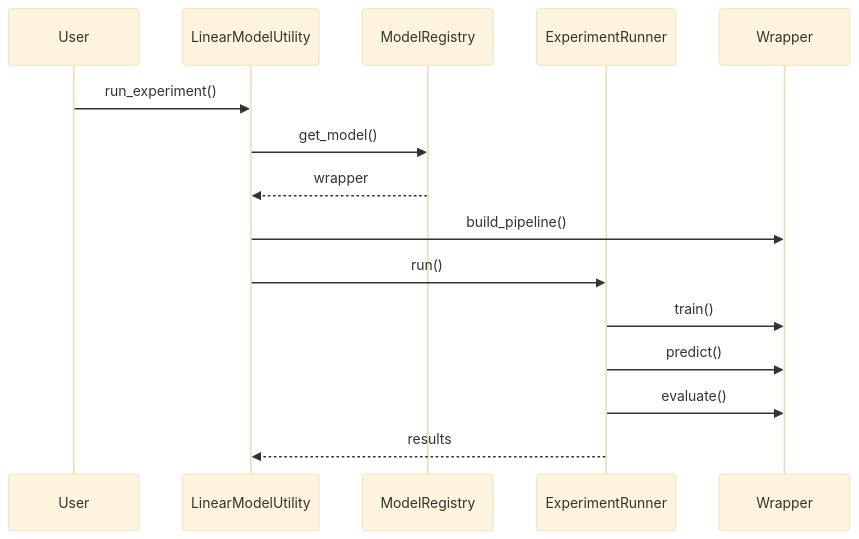
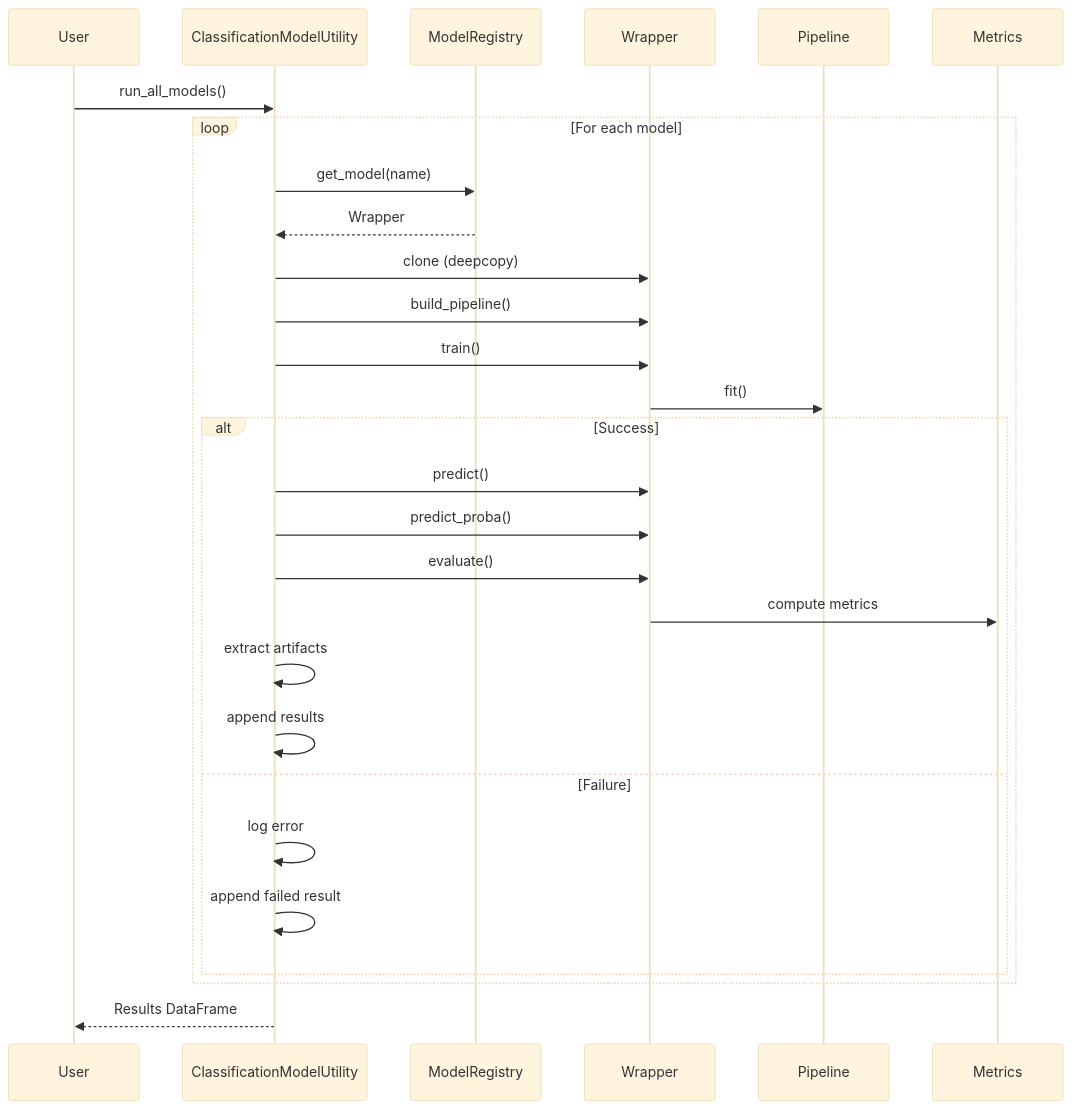
The third of 6 diagrams in lib/utility/machinelearning/README.md (abhinavssingh/python-learnings), drawn with Mermaid (base theme) before and after one commit. The commit also changed other lines of this file and 52 other files, not shown here.

````diff
--- a/lib/utility/machinelearning/README.md
+++ b/lib/utility/machinelearning/README.md
@@ -40,18 +79,39 @@
 ```mermaid
 sequenceDiagram
     participant U as User
-    participant LU as LinearModelUtility
+    participant CMU as ClassificationModelUtility
     participant MR as ModelRegistry
-    participant ER as ExperimentRunner
     participant W as Wrapper
+    participant P as Pipeline
+    participant MET as Metrics
 
-    U->>LU: run_experiment()
-    LU->>MR: get_model()
-    MR-->>LU: wrapper
-    LU->>W: build_pipeline()
-    LU->>ER: run()
-    ER->>W: train()
-    ER->>W: predict()
-    ER->>W: evaluate()
-    ER-->>LU: results
+    U->>CMU: run_all_models()
+
+    loop For each model
+        CMU->>MR: get_model(name)
+        MR-->>CMU: Wrapper
+
+        CMU->>W: clone (deepcopy)
+        CMU->>W: build_pipeline()
+
+        CMU->>W: train()
+        W->>P: fit()
+
+        alt Success
+            CMU->>W: predict()
+            CMU->>W: predict_proba()
+
+            CMU->>W: evaluate()
+            W->>MET: compute metrics
+
+            CMU->>CMU: extract artifacts
+            CMU->>CMU: append results
+
+        else Failure
+            CMU->>CMU: log error
+            CMU->>CMU: append failed result
+        end
+    end
+
+    CMU-->>U: Results DataFrame
 ```
````
